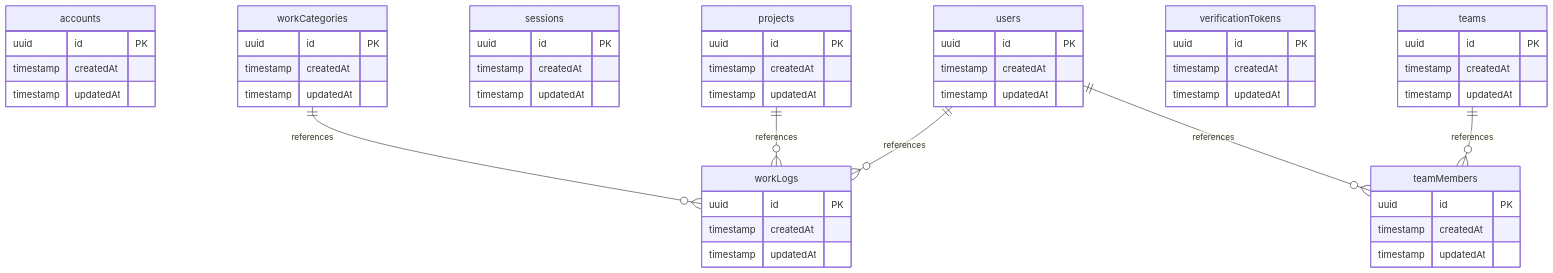
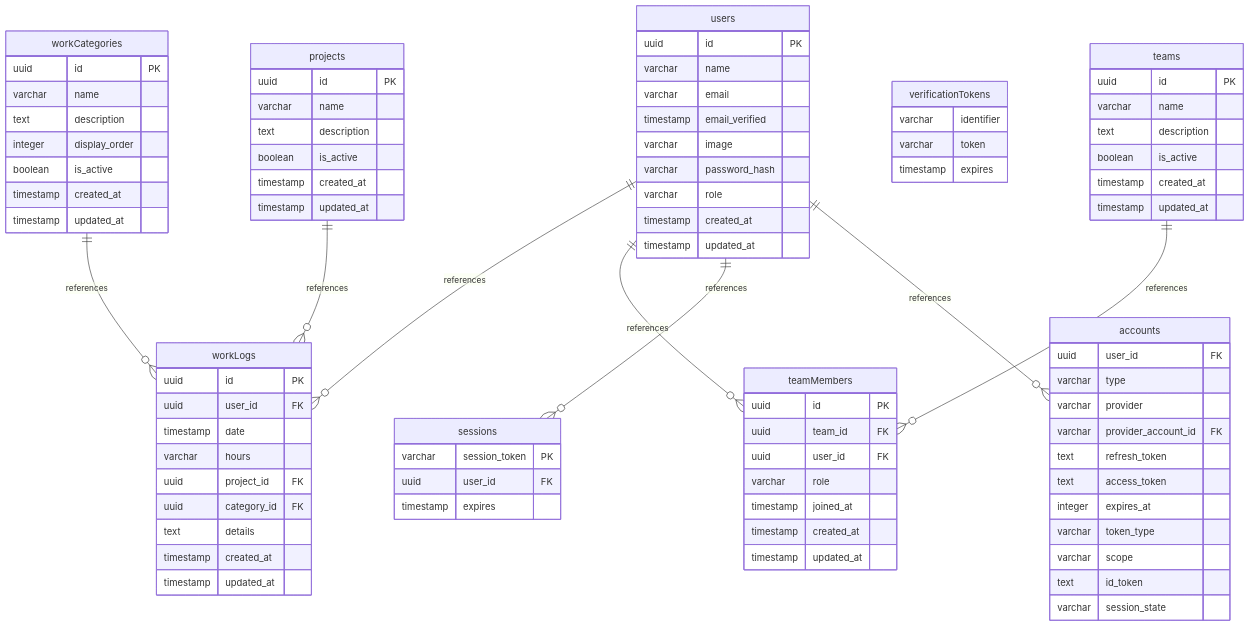
Before and after one commit to AWLL-inc/work-management: the diagram in docs/database/erd.md, drawn with Mermaid. The commit also changed other lines of this file and 5 other files, not shown here.

First line of the commit message:
refactor: extract DB schema dynamically from Drizzle (PR #81 - H1)

````diff
--- a/docs/database/erd.md
+++ b/docs/database/erd.md
@@ -4,62 +4,97 @@
 erDiagram
 
   accounts {
-    uuid id PK
-    timestamp createdAt
-    timestamp updatedAt
+    uuid user_id FK
+    varchar type
+    varchar provider
+    varchar provider_account_id FK
+    text refresh_token
+    text access_token
+    integer expires_at
+    varchar token_type
+    varchar scope
+    text id_token
+    varchar session_state
   }
 
   projects {
     uuid id PK
-    timestamp createdAt
-    timestamp updatedAt
+    varchar name
+    text description
+    boolean is_active
+    timestamp created_at
+    timestamp updated_at
   }
 
   sessions {
-    uuid id PK
-    timestamp createdAt
-    timestamp updatedAt
+    varchar session_token PK
+    uuid user_id FK
+    timestamp expires
   }
 
   teamMembers {
     uuid id PK
-    timestamp createdAt
-    timestamp updatedAt
+    uuid team_id FK
+    uuid user_id FK
+    varchar role
+    timestamp joined_at
+    timestamp created_at
+    timestamp updated_at
   }
 
   teams {
     uuid id PK
-    timestamp createdAt
-    timestamp updatedAt
+    varchar name
+    text description
+    boolean is_active
+    timestamp created_at
+    timestamp updated_at
   }
 
   users {
     uuid id PK
-    timestamp createdAt
-    timestamp updatedAt
+    varchar name
+    varchar email
+    timestamp email_verified
+    varchar image
+    varchar password_hash
+    varchar role
+    timestamp created_at
+    timestamp updated_at
   }
 
   verificationTokens {
-    uuid id PK
-    timestamp createdAt
-    timestamp updatedAt
+    varchar identifier
+    varchar token
+    timestamp expires
   }
 
   workCategories {
     uuid id PK
-    timestamp createdAt
-    timestamp updatedAt
+    varchar name
+    text description
+    integer display_order
+    boolean is_active
+    timestamp created_at
+    timestamp updated_at
   }
 
   workLogs {
     uuid id PK
-    timestamp createdAt
-    timestamp updatedAt
+    uuid user_id FK
+    timestamp date
+    varchar hours
+    uuid project_id FK
+    uuid category_id FK
+    text details
+    timestamp created_at
+    timestamp updated_at
   }
-
+  users ||--o{ accounts : "references"
+  users ||--o{ sessions : "references"
+  users ||--o{ teamMembers : "references"
   users ||--o{ workLogs : "references"
+  teams ||--o{ teamMembers : "references"
   projects ||--o{ workLogs : "references"
   workCategories ||--o{ workLogs : "references"
-  teams ||--o{ teamMembers : "references"
-  users ||--o{ teamMembers : "references"
 ```
````
